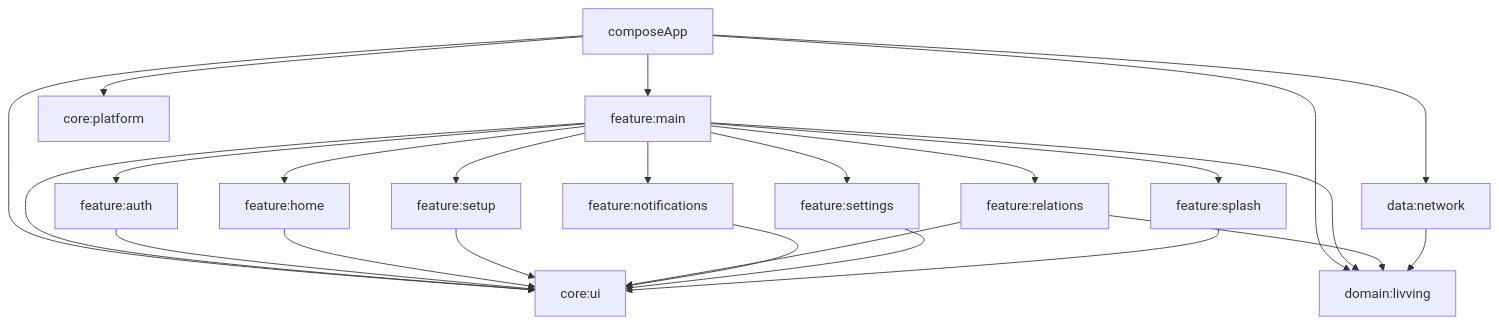
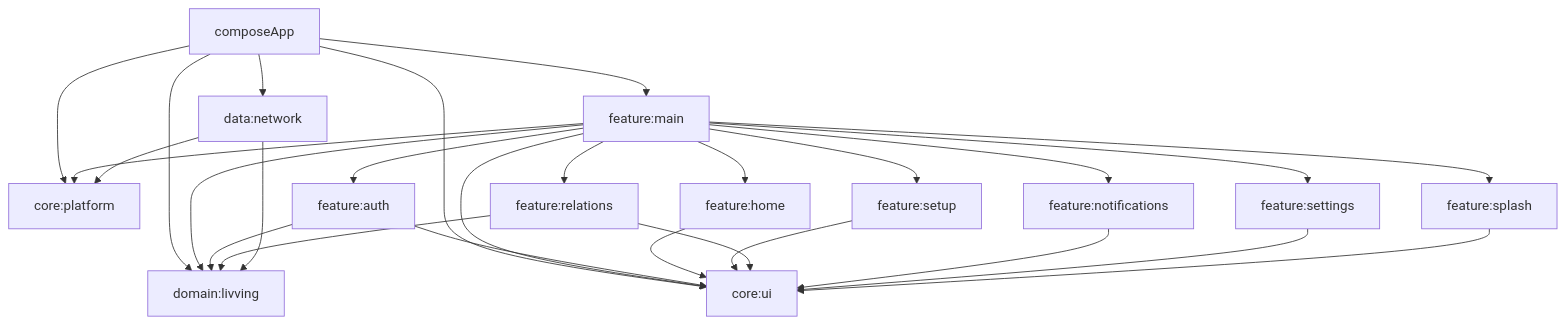
Before and after one commit to mrohseungjun/livving: the diagram in README.md, drawn with Mermaid. The commit also changed other lines of this file and 29 other files, not shown here.

````diff
--- a/README.md
+++ b/README.md
@@ -33,29 +34,32 @@
 ```mermaid
 graph TD
     composeApp --> feature_main[feature:main]
     composeApp --> core_ui[core:ui]
     composeApp --> core_platform[core:platform]
     composeApp --> domain_livving[domain:livving]
     composeApp --> data_network[data:network]
 
     feature_main --> feature_auth[feature:auth]
     feature_main --> feature_home[feature:home]
     feature_main --> feature_setup[feature:setup]
     feature_main --> feature_relations[feature:relations]
     feature_main --> feature_notifications[feature:notifications]
     feature_main --> feature_settings[feature:settings]
     feature_main --> feature_splash[feature:splash]
     feature_main --> domain_livving
+    feature_main --> core_platform
     feature_main --> core_ui
 
     feature_auth --> core_ui
+    feature_auth --> domain_livving
     feature_home --> core_ui
     feature_setup --> core_ui
     feature_relations --> core_ui
     feature_relations --> domain_livving
     feature_notifications --> core_ui
     feature_settings --> core_ui
     feature_splash --> core_ui
 
     data_network --> domain_livving
+    data_network --> core_platform
 ```
````
